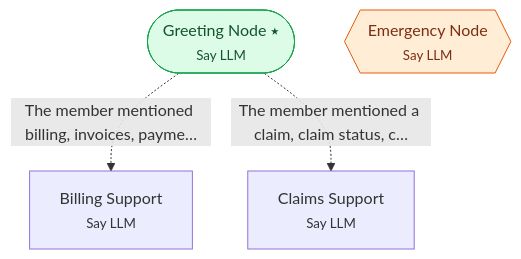
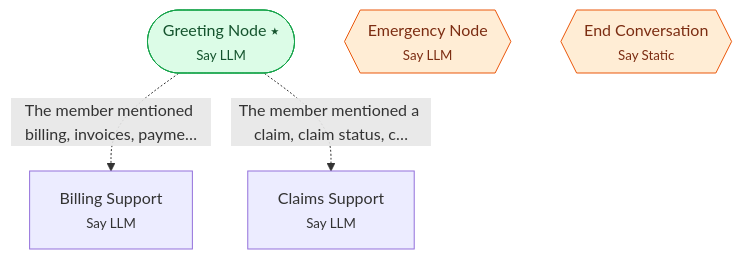
The diagram in wf_examples/wf_example_progression_21.md (interactly-ai/workflow-sdk), drawn with Mermaid before and after one commit. The commit also changed other lines of this file and 5 other files, not shown here.

````diff
--- a/wf_examples/wf_example_progression_21.md
+++ b/wf_examples/wf_example_progression_21.md
@@ -25,13 +25,14 @@
 ```mermaid
 flowchart TD
     N0(["Greeting Node ⭑<br/><small>Say LLM</small>"])
     N1["Billing Support<br/><small>Say LLM</small>"]
     N2["Claims Support<br/><small>Say LLM</small>"]
     N3{{"Emergency Node<br/><small>Say LLM</small>"}}
+    N4{{"End Conversation<br/><small>Say Static</small>"}}
     N0 -. "The member mentioned billing, invoices, payme…" .-> N1
     N0 -. "The member mentioned a claim, claim status, c…" .-> N2
     classDef start fill:#dcfce7,stroke:#16a34a,color:#14532d;
     classDef glob fill:#ffedd5,stroke:#ea580c,color:#7c2d12;
     class N0 start;
-    class N3 glob;
+    class N3,N4 glob;
 ```
````
